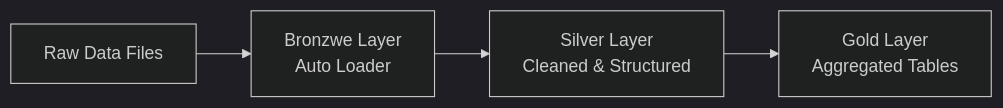
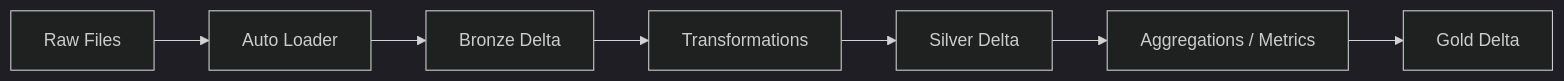
One commit to mboto863/medallion-pipeline changed the diagram in README.md. Above: the diagram before and after it, drawn with Mermaid (dark theme).

````diff
--- a/README.md
+++ b/README.md
@@ -9,6 +9,9 @@
 ```mermaid
     flowchart LR
-        A[Raw Data Files] --> B[Bronzwe Layer<br/>Auto Loader]
-        B --> C[Silver Layer<br/>Cleaned & Structured]
-        C --> D[Gold Layer<br/>Aggregated Tables]
+        A[Raw Files] --> B[Auto Loader]
+        B --> C[Bronze Delta]
+        C --> D[Transformations]
+        D --> E[Silver Delta]
+        E --> F[Aggregations / Metrics]
+        F --> G[Gold Delta]
 ```
````
